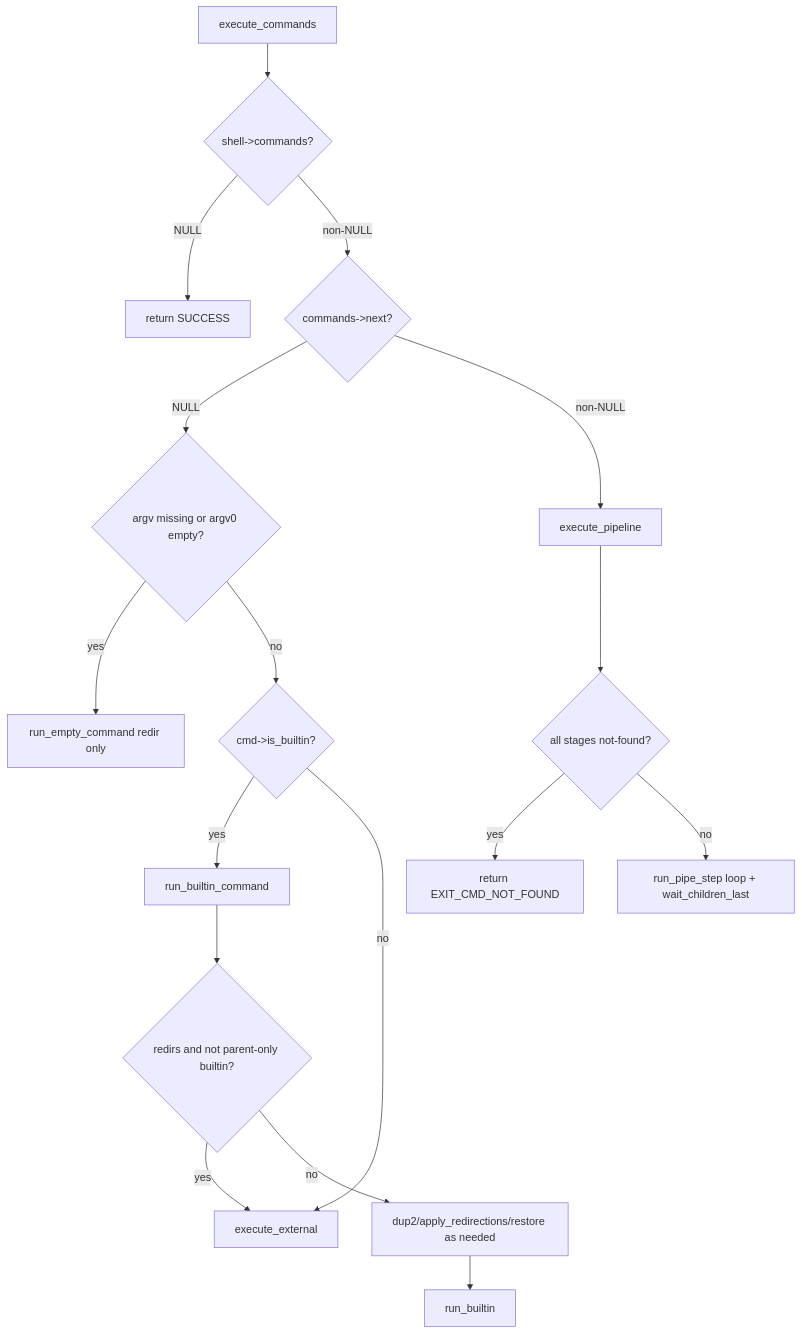
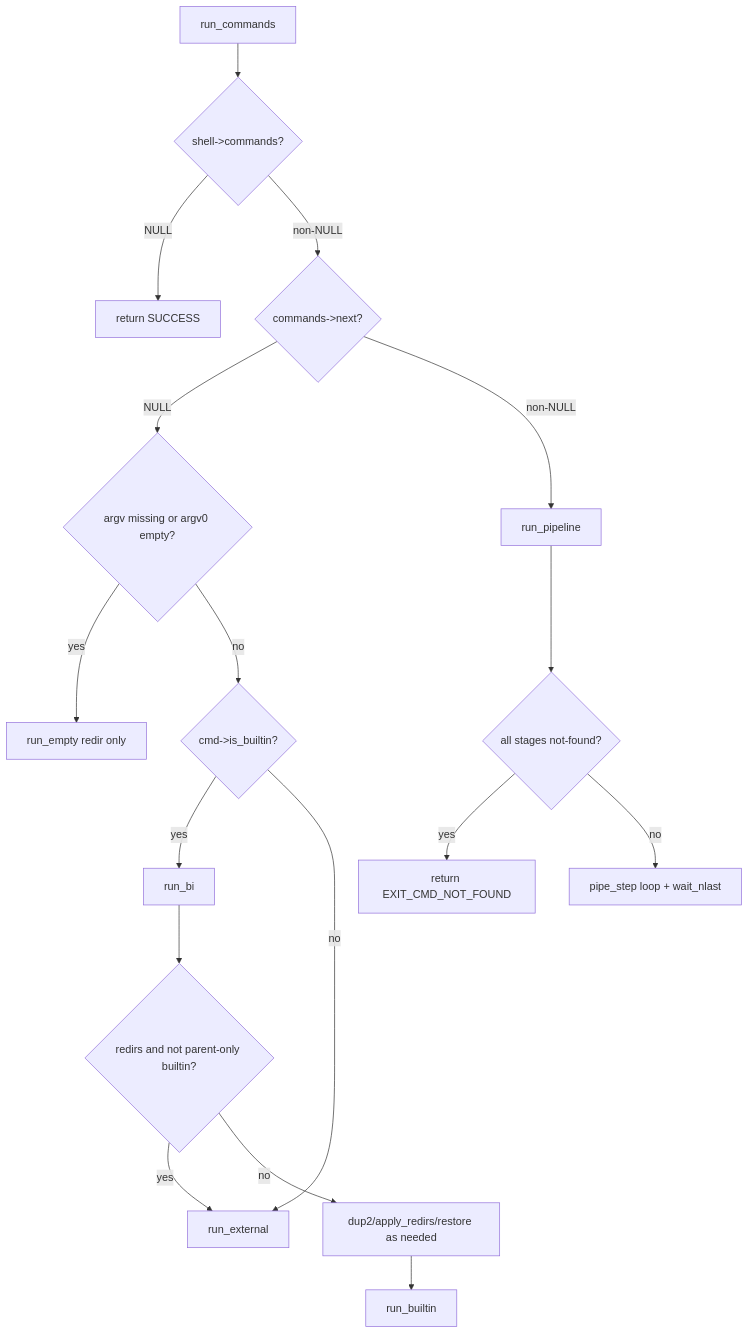
Diagram 11 of 14 in docs/MINISHELL_ARCHITECTURE.md (gkhavari/minishell), drawn with Mermaid before and after one commit. The commit also changed other lines of this file and 22 other files, not shown here.

````diff
--- a/docs/MINISHELL_ARCHITECTURE.md
+++ b/docs/MINISHELL_ARCHITECTURE.md
@@ -765,20 +762,20 @@
 ```mermaid
 flowchart TD
-    EC[execute_commands]
+    EC[run_commands]
     EC --> NO_CMD{shell->commands?}
     NO_CMD -->|NULL| R0[return SUCCESS]
     NO_CMD -->|non-NULL| ONE{commands->next?}
     ONE -->|NULL| EMP{argv missing or argv0 empty?}
-    EMP -->|yes| EMPTY[run_empty_command redir only]
+    EMP -->|yes| EMPTY[run_empty redir only]
     EMP -->|no| BUILTIN{cmd->is_builtin?}
-    BUILTIN -->|yes| RB[run_builtin_command]
-    BUILTIN -->|no| EXT[execute_external]
+    BUILTIN -->|yes| RB[run_bi]
+    BUILTIN -->|no| EXT[run_external]
     RB --> RBX{redirs and not parent-only builtin?}
     RBX -->|yes| EXT
-    RBX -->|no| RBP[dup2/apply_redirections/restore as needed]
+    RBX -->|no| RBP[dup2/apply_redirs/restore as needed]
     RBP --> RUNB[run_builtin]
-    ONE -->|non-NULL| PIPE[execute_pipeline]
+    ONE -->|non-NULL| PIPE[run_pipeline]
     PIPE --> NF{all stages not-found?}
     NF -->|yes| R127[return EXIT_CMD_NOT_FOUND]
-    NF -->|no| FORK[run_pipe_step loop + wait_children_last]
+    NF -->|no| FORK[pipe_step loop + wait_nlast]
 ```
````
